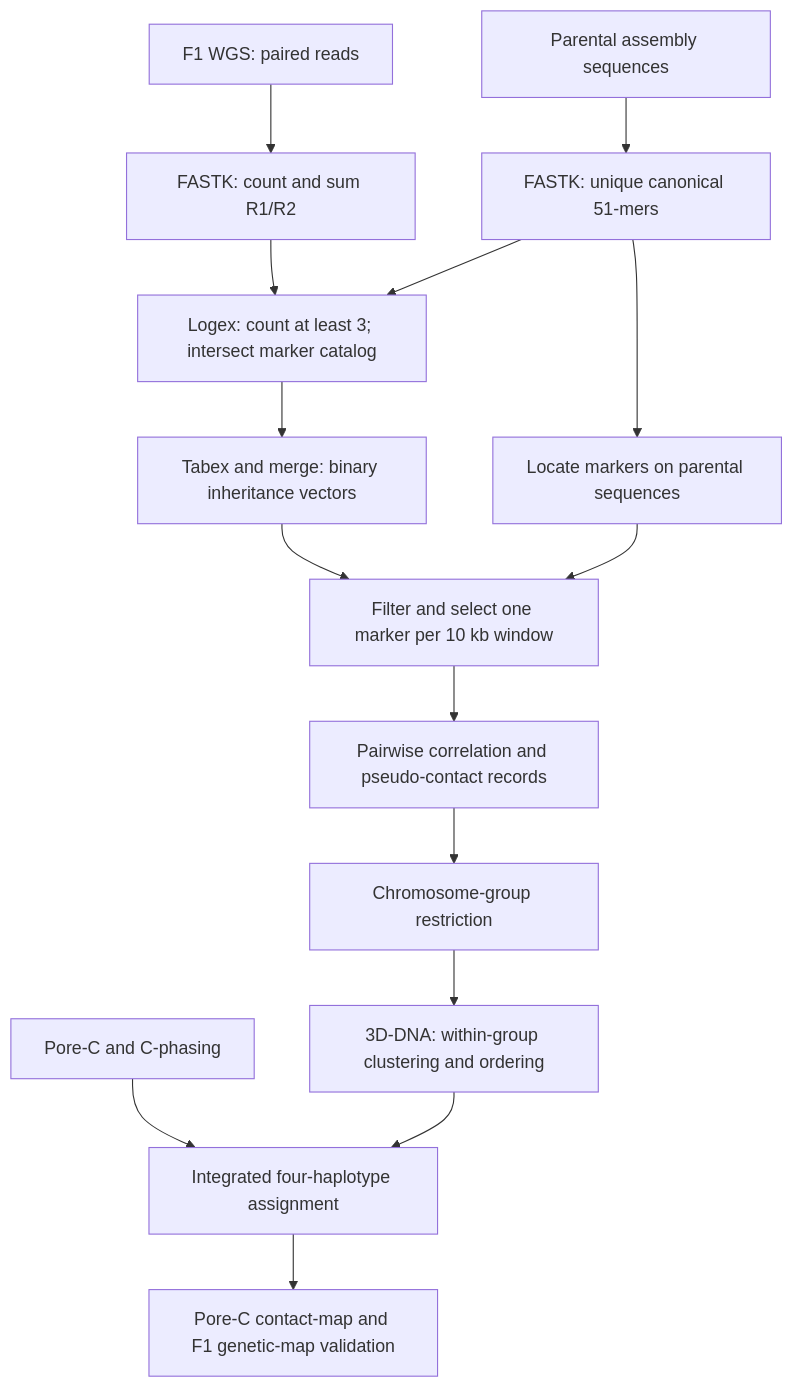
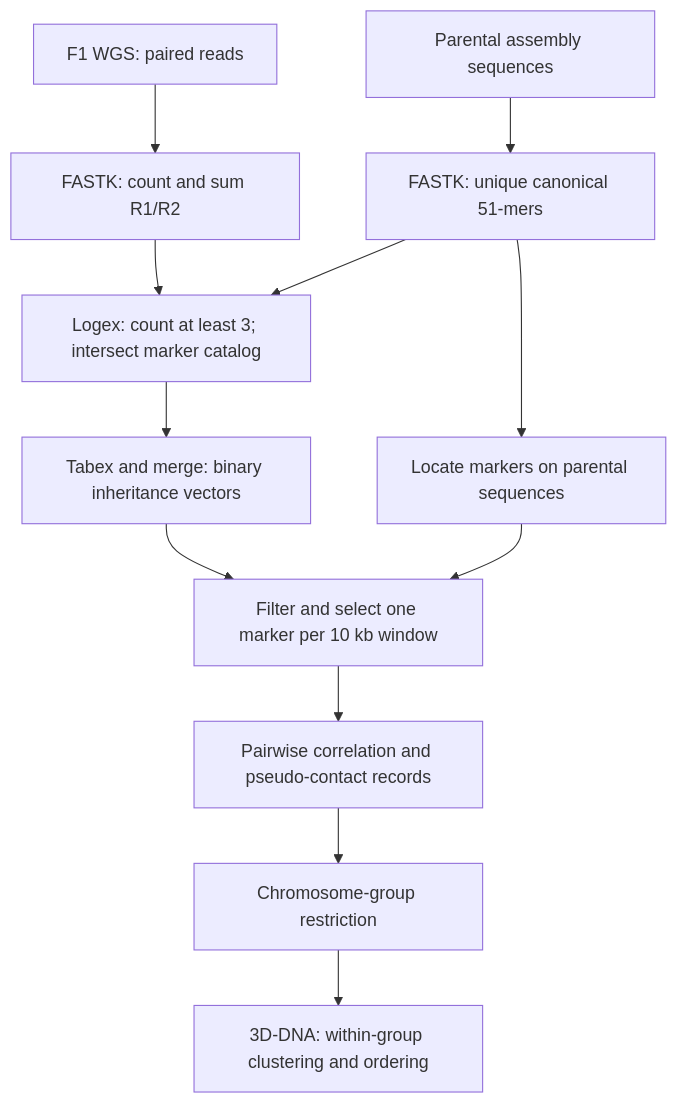
One commit to socialhang/phasing changed the diagram in docs/04-progeny-phasing.md. Above: the diagram before and after it, drawn with Mermaid. The commit also changed other lines of this file and 1 other file, not shown here.

````diff
--- a/docs/04-progeny-phasing.md
+++ b/docs/04-progeny-phasing.md
@@ -7,17 +7,14 @@
 ```mermaid
 flowchart TD
     A[Parental assembly sequences] --> B[FASTK: unique canonical 51-mers]
     C[F1 WGS: paired reads] --> D[FASTK: count and sum R1/R2]
     D --> E[Logex: count at least 3; intersect marker catalog]
     B --> E
     E --> F[Tabex and merge: binary inheritance vectors]
     B --> G[Locate markers on parental sequences]
     F --> H[Filter and select one marker per 10 kb window]
     G --> H
     H --> I[Pairwise correlation and pseudo-contact records]
     I --> J[Chromosome-group restriction]
     J --> K[3D-DNA: within-group clustering and ordering]
-    L[Pore-C and C-phasing] --> M[Integrated four-haplotype assignment]
-    K --> M
-    M --> N[Pore-C contact-map and F1 genetic-map validation]
 ```
````
